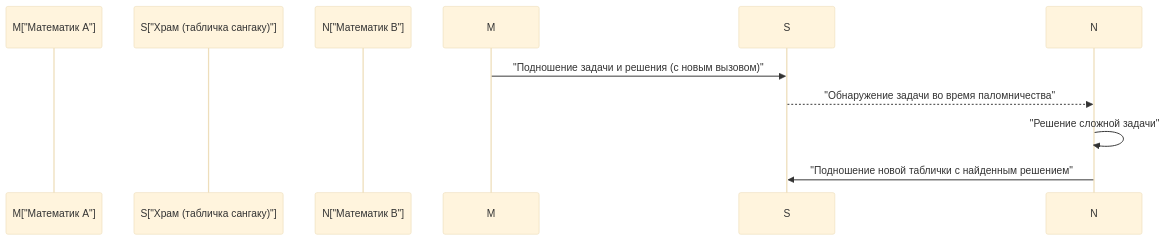
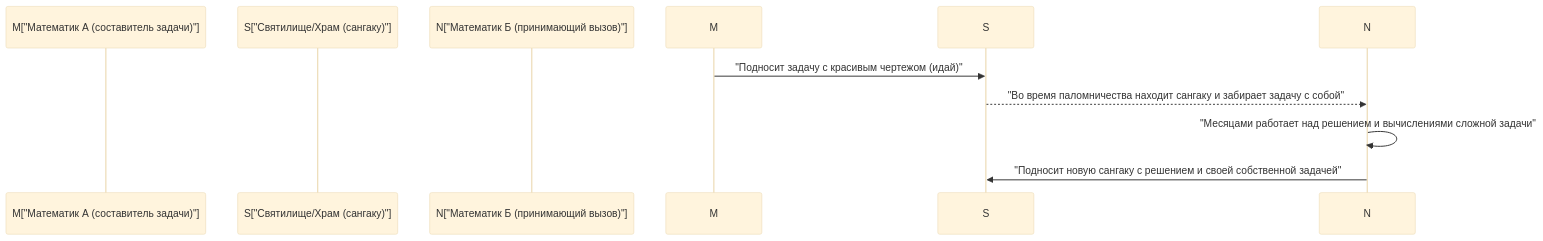
One commit to kenjinote/blog changed the second of 2 diagrams in content/post/history-of-wasan-japanese-mathematics/index.ru.md. Above: the diagram before and after it, drawn with Mermaid (base theme). The commit also changed other lines of this file and 129 other files, not shown here.

````diff
--- a/content/post/history-of-wasan-japanese-mathematics/index.ru.md
+++ b/content/post/history-of-wasan-japanese-mathematics/index.ru.md
@@ -68,11 +70,11 @@
 ```mermaid
 sequenceDiagram
-    participant M["Математик A"]
-    participant S["Храм (табличка сангаку)"]
-    participant N["Математик B"]
+    participant M["Математик А (составитель задачи)"]
+    participant S["Святилище/Храм (сангаку)"]
+    participant N["Математик Б (принимающий вызов)"]
     
-    M->>S: "Подношение задачи и решения (с новым вызовом)"
-    S-->>N: "Обнаружение задачи во время паломничества"
-    N->>N: "Решение сложной задачи"
-    N->>S: "Подношение новой таблички с найденным решением"
+    M->>S: "Подносит задачу с красивым чертежом (идай)"
+    S-->>N: "Во время паломничества находит сангаку и забирает задачу с собой"
+    N->>N: "Месяцами работает над решением и вычислениями сложной задачи"
+    N->>S: "Подносит новую сангаку с решением и своей собственной задачей"
 ```
````
